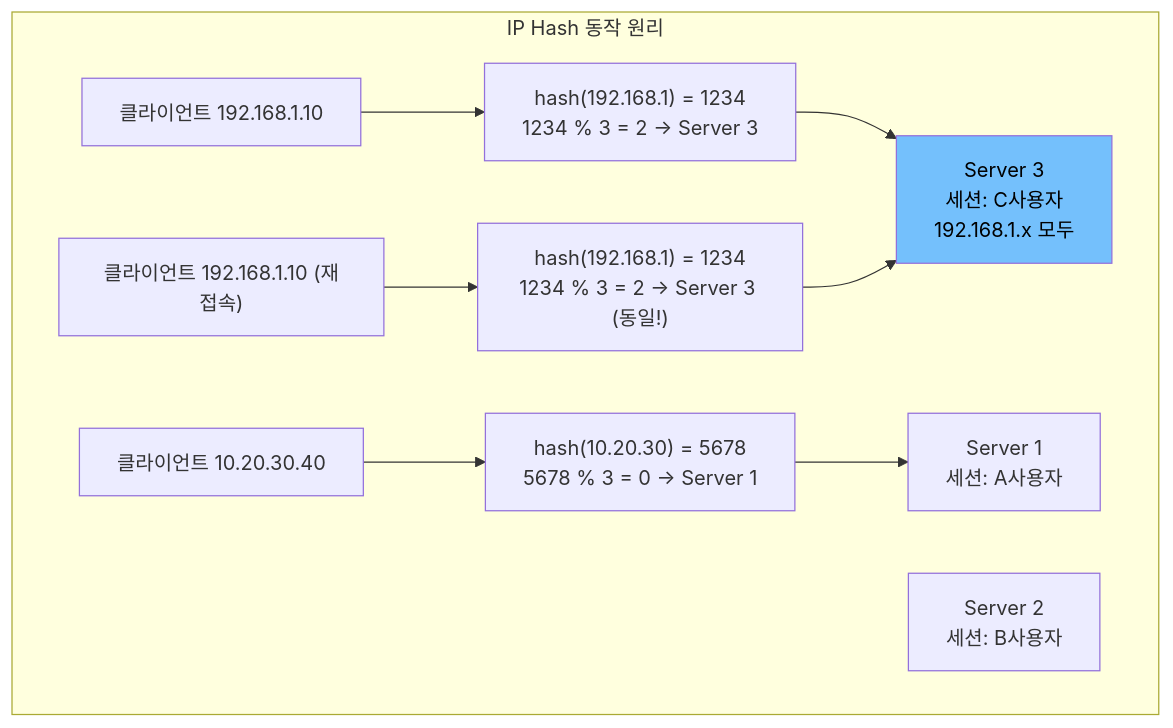
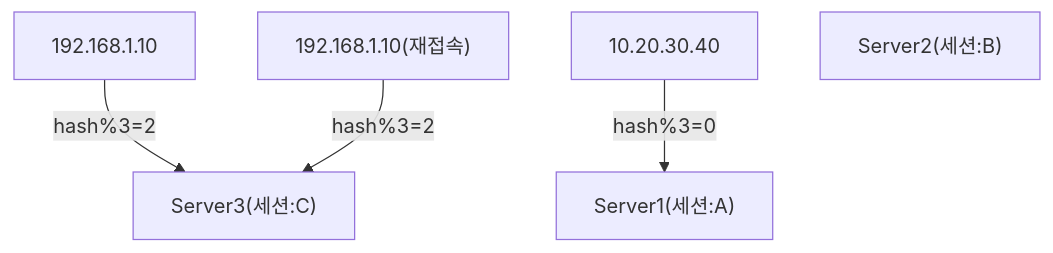
Before and after one commit to yjkim2015/yjkim2015.github.io: the ninth of 18 diagrams in _posts/server/2026-05-01-nginx.md, drawn with Mermaid. The commit also changed other lines of this file and 215 other files, not shown here.

First line of the commit message:
신규 포스트 10개 추가 + Mermaid 전면 축소 + SystemDesign 시리즈 보강

````diff
--- a/_posts/server/2026-05-01-nginx.md
+++ b/_posts/server/2026-05-01-nginx.md
@@ -400,21 +362,7 @@
 ```mermaid
 graph TD
-    subgraph "IP Hash 동작 원리"
-        C1["클라이언트 192.168.1.10"]
-        C2["클라이언트 192.168.1.10 (재접속)"]
-        C3["클라이언트 10.20.30.40"]
-
-        HASH1["hash(192.168.1) = 1234\n1234 % 3 = 2 → Server 3"]
-        HASH2["hash(192.168.1) = 1234\n1234 % 3 = 2 → Server 3 (동일!)"]
-        HASH3["hash(10.20.30) = 5678\n5678 % 3 = 0 → Server 1"]
-
-        S1["Server 1\n세션: A사용자"]
-        S2["Server 2\n세션: B사용자"]
-        S3["Server 3\n세션: C사용자\n192.168.1.x 모두"]
-
-        C1 --> HASH1 --> S3
-        C2 --> HASH2 --> S3
-        C3 --> HASH3 --> S1
-    end
-    style S3 fill:#74c0fc,color:#000
+    C1["192.168.1.10"] -->|"hash%3=2"| S3["Server3(세션:C)"]
+    C2["192.168.1.10(재접속)"] -->|"hash%3=2"| S3
+    C3["10.20.30.40"] -->|"hash%3=0"| S1["Server1(세션:A)"]
+    S2["Server2(세션:B)"]
 ```
````
